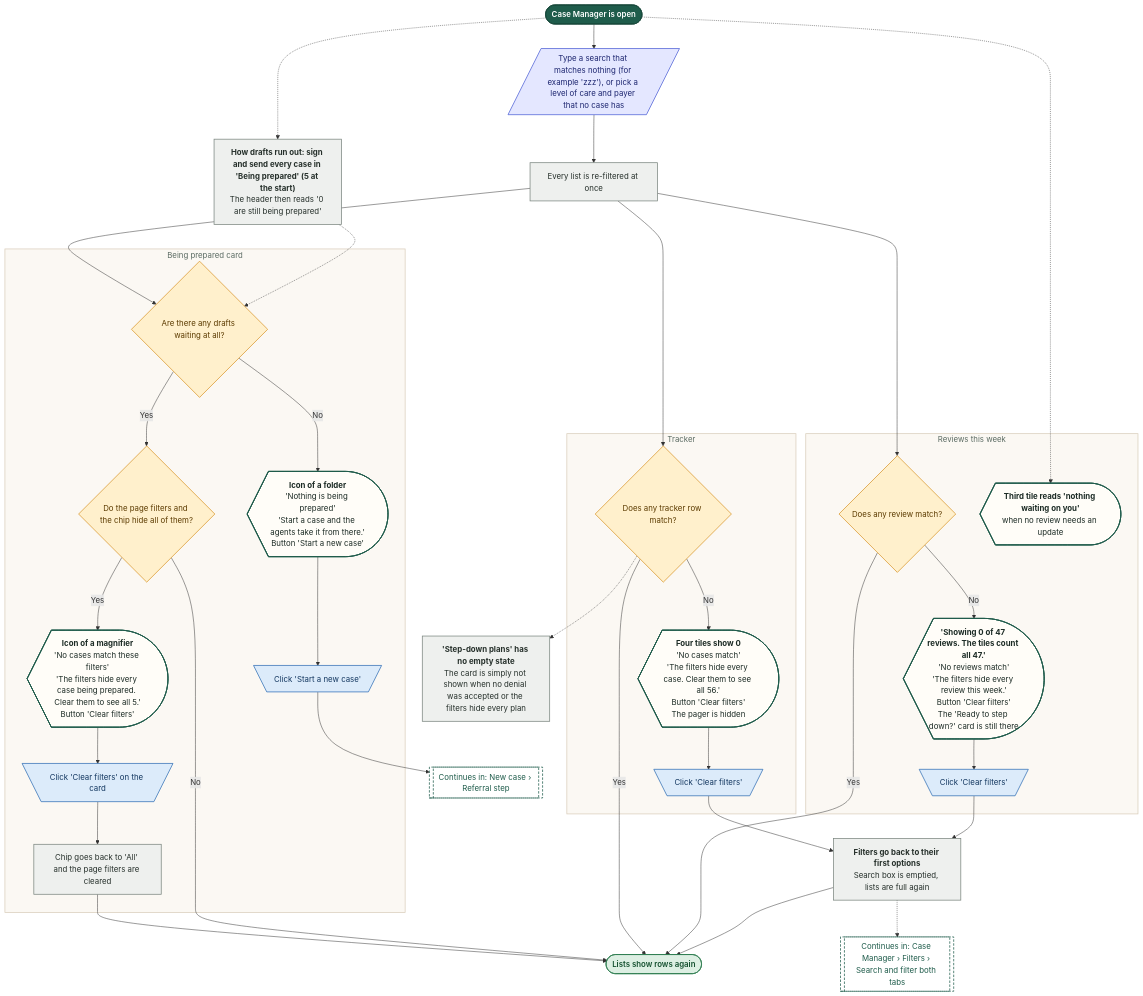
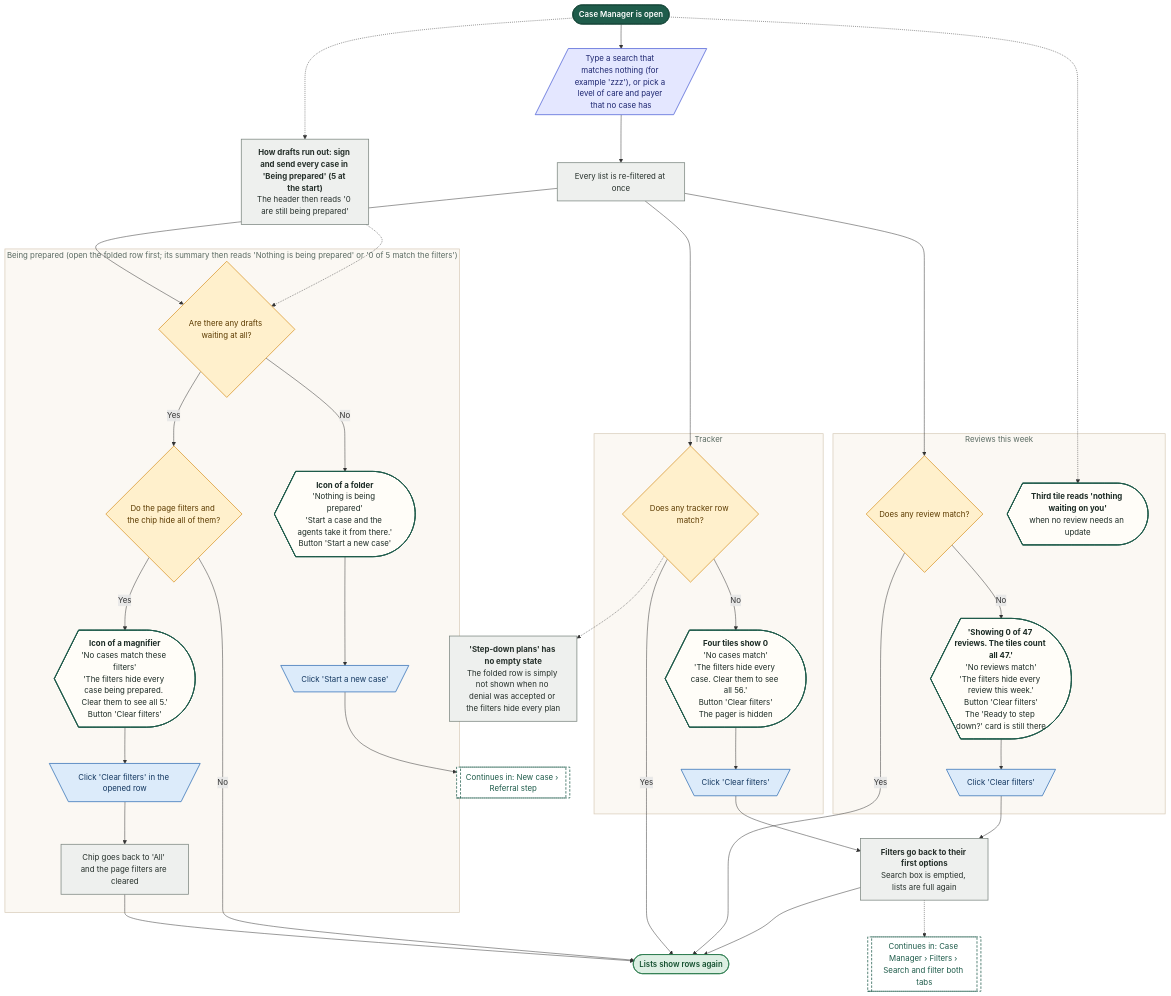
Before and after one commit to Shrav143/psyfloapp: diagram 20 of 22 in demos/prior-auth-demo/workflows/out/md/07-case-manager.md, drawn with Mermaid. The commit also changed other lines of this file and 192 other files, not shown here.

First line of the commit message:
docs: changelog by sidebar tab; README, diagrams and Settings layout aligned with the refinement; shared InfoTip; referral cost-share line

````diff
--- a/demos/prior-auth-demo/workflows/out/md/07-case-manager.md
+++ b/demos/prior-auth-demo/workflows/out/md/07-case-manager.md
@@ -1351,78 +1436,78 @@
 ```mermaid
 %%{init: {"theme":"base","themeVariables":{"fontFamily":"'DM Sans', 'Segoe UI', system-ui, sans-serif","fontSize":"15px","lineColor":"#5B6B63","primaryTextColor":"#1C2B25","clusterBkg":"#FBF8F3","clusterBorder":"#D9CDBB","edgeLabelBackground":"#FFFFFF"},"flowchart":{"curve":"basis","nodeSpacing":36,"rankSpacing":48,"padding":12,"htmlLabels":true,"useMaxWidth":false,"wrappingWidth":230}} }%%
 flowchart TD
   classDef k_start fill:#1F5C4B,stroke:#174638,color:#FFFFFF,stroke-width:1.5px,font-weight:600
   classDef k_end fill:#DDEFE3,stroke:#2E7D4F,color:#14502F,stroke-width:1.5px,font-weight:600
   classDef k_endx fill:#FBE3E0,stroke:#C0392B,color:#7A1F16,stroke-width:1.5px,font-weight:600
   classDef k_screen fill:#FFFDF8,stroke:#1F5C4B,color:#1C2B25,stroke-width:2px
   classDef k_overlay fill:#F1F7F3,stroke:#1F5C4B,color:#1C2B25,stroke-width:2px,stroke-dasharray:5 3
   classDef k_click fill:#DCEBFA,stroke:#2F6DB5,color:#12365F,stroke-width:1.5px
   classDef k_input fill:#E4E7FF,stroke:#4C5FD5,color:#1D2670,stroke-width:1.5px
   classDef k_process fill:#EEF0EE,stroke:#7A857F,color:#26302B,stroke-width:1.5px
   classDef k_agent fill:#EEE5FA,stroke:#7A4FC2,color:#341A63,stroke-width:1.5px
   classDef k_decision fill:#FFF0CC,stroke:#D9962B,color:#5C3B00,stroke-width:1.5px
   classDef k_store fill:#D5F0EA,stroke:#1C8E7B,color:#0B4A3F,stroke-width:1.5px
   classDef k_doc fill:#F6E9DC,stroke:#B07A4C,color:#4A2E14,stroke-width:1.5px
   classDef k_ext fill:#FFE6D2,stroke:#E07B39,color:#6B2F06,stroke-width:1.5px
   classDef k_wait fill:#E4E8EE,stroke:#6B7C93,color:#26303D,stroke-width:1.5px
   classDef k_toast fill:#FFF9DB,stroke:#C9A400,color:#5A4A00,stroke-width:1.5px
   classDef k_goto fill:#FFFFFF,stroke:#1F5C4B,color:#1F5C4B,stroke-width:1.5px,stroke-dasharray:5 3
   s1@{ shape: stadium, label: "Case Manager is open" }
   i1@{ shape: lean-r, label: "Type a search that matches nothing (for example 'zzz'), or pick a level of care and payer that no case has" }
   p1@{ shape: rect, label: "Every list is re-filtered at once" }
-  subgraph gPrep ["Being prepared card"]
+  subgraph gPrep ["Being prepared (open the folded row first; its summary then reads 'Nothing is being prepared' or '0 of 5 match the filters')"]
   d1@{ shape: diam, label: "Are there any drafts waiting at all?" }
   e1s@{ shape: curv-trap, label: "<b>Icon of a folder</b><br/>'Nothing is being prepared'<br/>'Start a case and the agents take it from there.'<br/>Button 'Start a new case'" }
   c1@{ shape: trap-t, label: "Click 'Start a new case'" }
   d2@{ shape: diam, label: "Do the page filters and the chip hide all of them?" }
   e2s@{ shape: curv-trap, label: "<b>Icon of a magnifier</b><br/>'No cases match these filters'<br/>'The filters hide every case being prepared. Clear them to see all 5.'<br/>Button 'Clear filters'" }
-  c2@{ shape: trap-t, label: "Click 'Clear filters' on the card" }
+  c2@{ shape: trap-t, label: "Click 'Clear filters' in the opened row" }
   p2@{ shape: rect, label: "Chip goes back to 'All' and the page filters are cleared" }
   end
   subgraph gTrack ["Tracker"]
   d3@{ shape: diam, label: "Does any tracker row match?" }
   e3s@{ shape: curv-trap, label: "<b>Four tiles show 0</b><br/>'No cases match'<br/>'The filters hide every case. Clear them to see all 56.'<br/>Button 'Clear filters'<br/>The pager is hidden" }
   c3@{ shape: trap-t, label: "Click 'Clear filters'" }
   end
   subgraph gRev ["Reviews this week"]
   d4@{ shape: diam, label: "Does any review match?" }
   e4s@{ shape: curv-trap, label: "<b>'Showing 0 of 47 reviews. The tiles count all 47.'</b><br/>'No reviews match'<br/>'The filters hide every review this week.'<br/>Button 'Clear filters'<br/>The 'Ready to step down?' card is still there" }
   c4@{ shape: trap-t, label: "Click 'Clear filters'" }
   e5s@{ shape: curv-trap, label: "<b>Third tile reads 'nothing waiting on you'</b><br/>when no review needs an update" }
   end
   p3@{ shape: rect, label: "<b>Filters go back to their first options</b><br/>Search box is emptied, lists are full again" }
   g1@{ shape: subproc, label: "Continues in: Case Manager › Filters › Search and filter both tabs" }
   g2@{ shape: subproc, label: "Continues in: New case › Referral step" }
   p4@{ shape: rect, label: "<b>How drafts run out: sign and send every case in 'Being prepared' (5 at the start)</b><br/>The header then reads '0 are still being prepared'" }
-  p5@{ shape: rect, label: "<b>'Step-down plans' has no empty state</b><br/>The card is simply not shown when no denial was accepted or the filters hide every plan" }
+  p5@{ shape: rect, label: "<b>'Step-down plans' has no empty state</b><br/>The folded row is simply not shown when no denial was accepted or the filters hide every plan" }
   e1@{ shape: stadium, label: "Lists show rows again" }
   s1 --> i1 --> p1
   p1 --> d1
   d1 -->|"No"| e1s --> c1 --> g2
   d1 -->|"Yes"| d2
   d2 -->|"Yes"| e2s --> c2 --> p2 --> e1
   d2 -->|"No"| e1
   p1 --> d3
   d3 -->|"No"| e3s --> c3 --> p3
   d3 -->|"Yes"| e1
   p1 --> d4
   d4 -->|"No"| e4s --> c4 --> p3
   d4 -->|"Yes"| e1
   p3 --> e1
   p3 -.-> g1
   s1 -.-> p4
   p4 -.-> d1
   s1 -.-> e5s
   d3 -.-> p5
   class s1 k_start
   class i1 k_input
   class p1,p2,p3,p4,p5 k_process
   class d1,d2,d3,d4 k_decision
   class e1s,e2s,e3s,e4s,e5s k_screen
   class c1,c2,c3,c4 k_click
   class g1,g2 k_goto
   class e1 k_end
   style gPrep fill:#FBF8F3,stroke:#D9CDBB,stroke-width:1.5px,color:#5B6B63
   style gTrack fill:#FBF8F3,stroke:#D9CDBB,stroke-width:1.5px,color:#5B6B63
   style gRev fill:#FBF8F3,stroke:#D9CDBB,stroke-width:1.5px,color:#5B6B63
 ```
````
